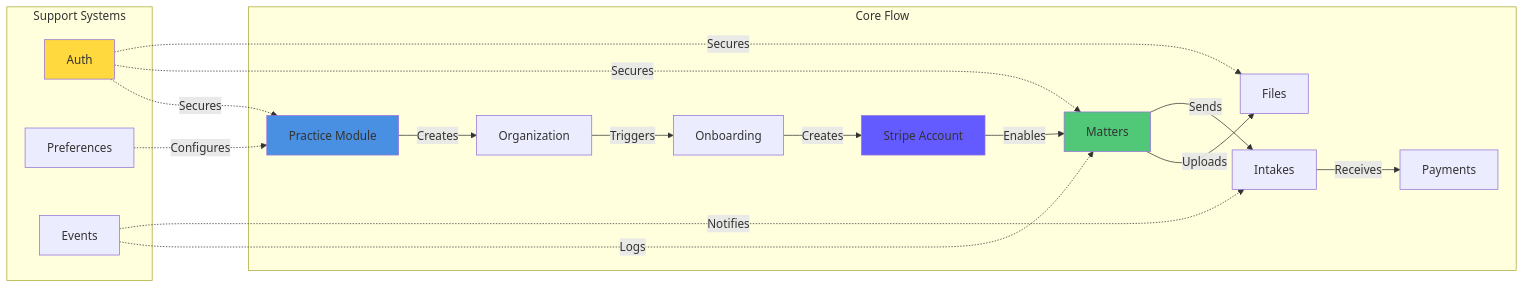
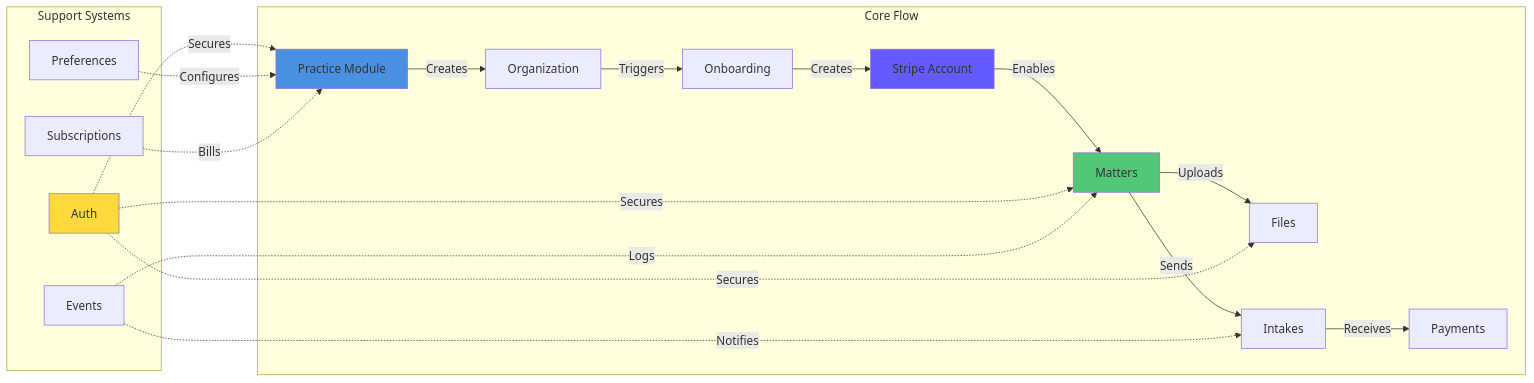
Before and after one commit to Blawby/blawby-backend: the seventh of 8 diagrams in docs/SYSTEM_ARCHITECTURE.md, drawn with Mermaid. The commit also changed other lines of this file and 3 other files, not shown here.

Commit message:
docs: expand `SYSTEM_ARCHITECTURE.md` with detailed sections on tech stack, module structure, request flow, error handling, and event-driven architecture, and reorganize related documentation files.

````diff
--- a/docs/SYSTEM_ARCHITECTURE.md
+++ b/docs/SYSTEM_ARCHITECTURE.md
@@ -228,26 +488,27 @@
 ```mermaid
 graph LR
     subgraph "Core Flow"
         A[Practice Module] -->|Creates| B[Organization]
         B -->|Triggers| C[Onboarding]
         C -->|Creates| D[Stripe Account]
         D -->|Enables| E[Matters]
         E -->|Uploads| F[Files]
         E -->|Sends| G[Intakes]
         G -->|Receives| H[Payments]
     end
 
     subgraph "Support Systems"
         I[Auth] -.->|Secures| A
         I -.->|Secures| E
         I -.->|Secures| F
         J[Preferences] -.->|Configures| A
         K[Events] -.->|Logs| E
         K -.->|Notifies| G
+        L[Subscriptions] -.->|Bills| A
     end
 
     style A fill:#4A90E2
     style E fill:#50C878
     style D fill:#635BFF
     style I fill:#FFD93D
 ```
````
